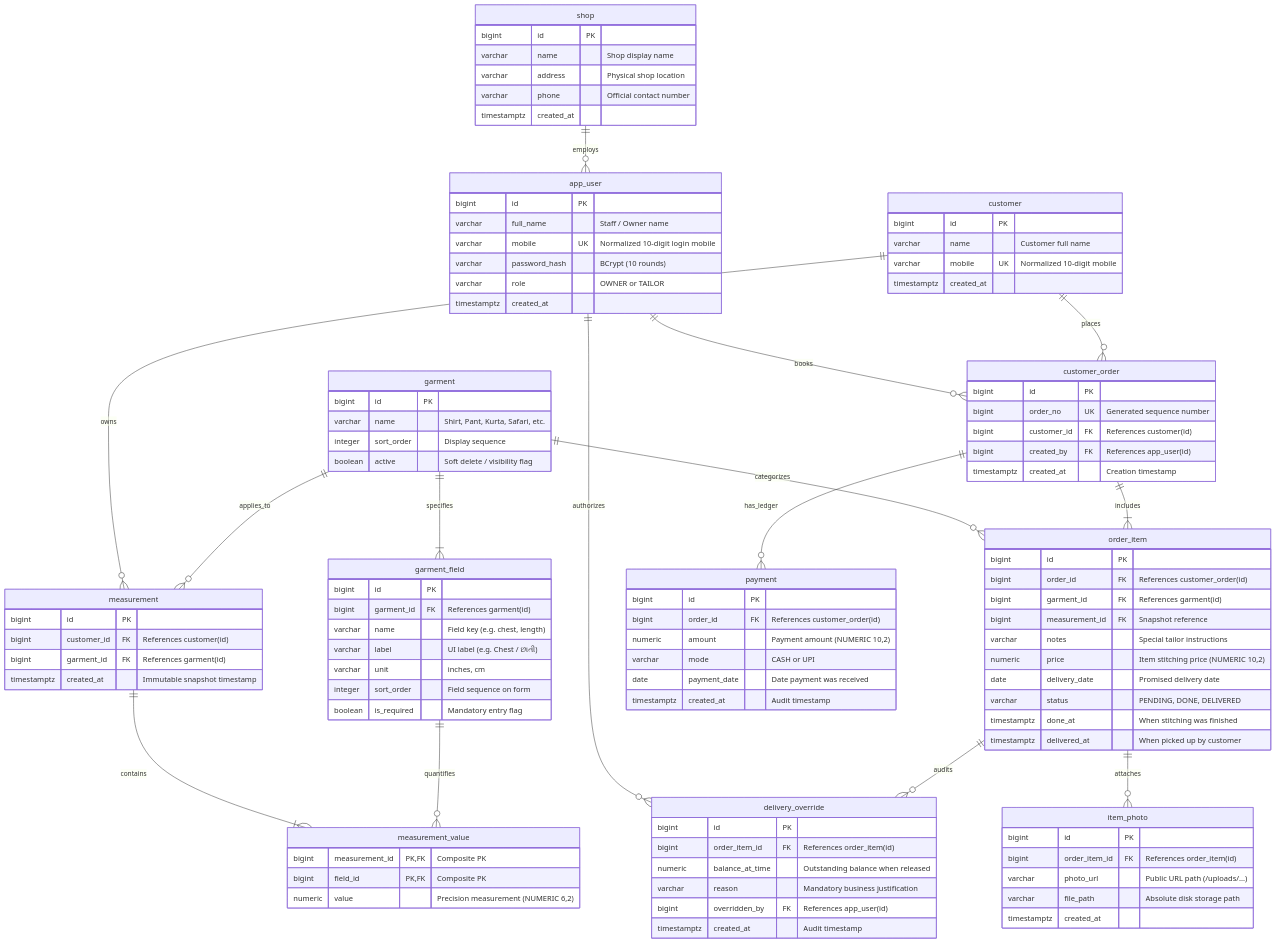
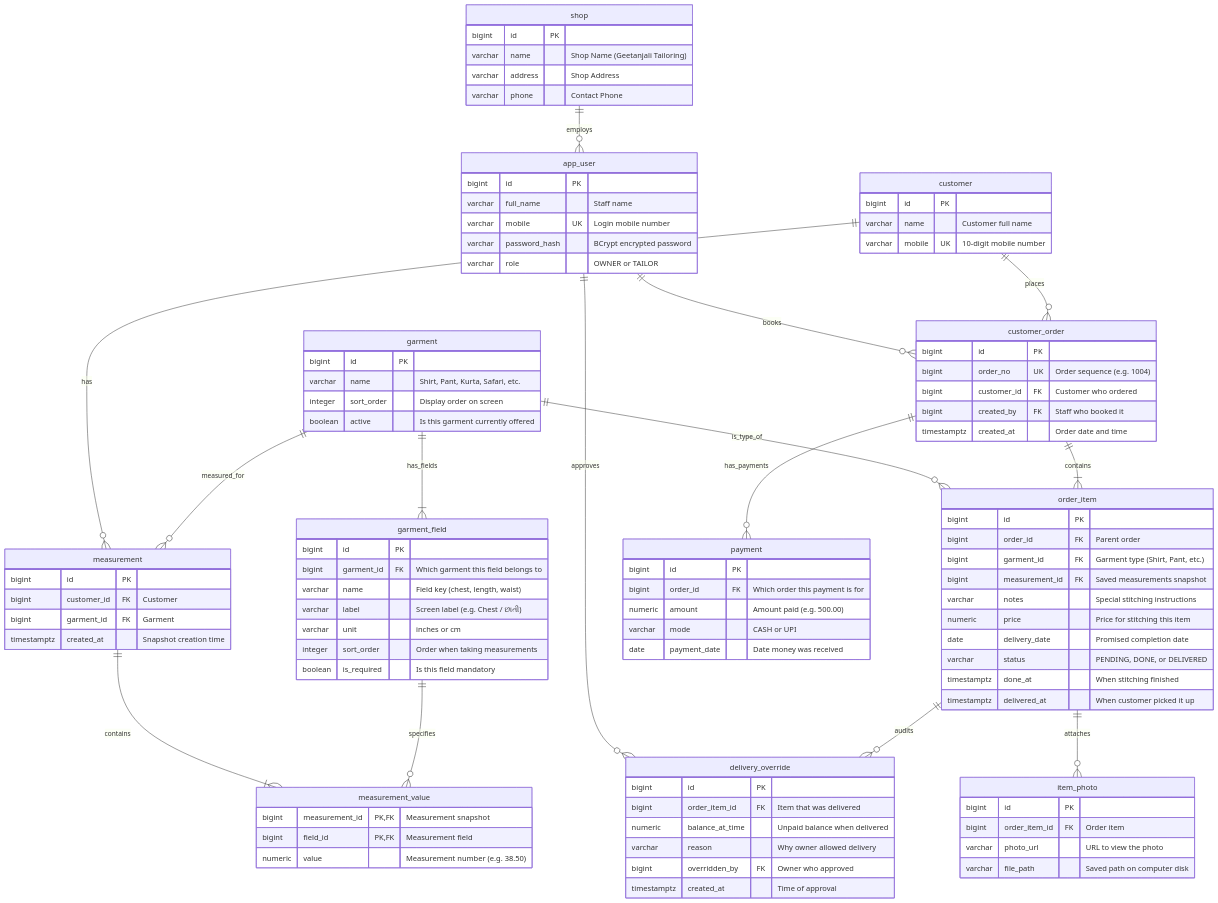
The second of 4 diagrams in docs/02-SYSTEM_ARCHITECTURE_FLOWS_AND_ERD.md (shubham-tankariya-01/geetanjali), drawn with Mermaid before and after one commit. The commit also changed other lines of this file and 7 other files, not shown here.

First line of the commit message:
docs: simplify documentation language and remove future roadmap

````diff
--- a/docs/02-SYSTEM_ARCHITECTURE_FLOWS_AND_ERD.md
+++ b/docs/02-SYSTEM_ARCHITECTURE_FLOWS_AND_ERD.md
@@ -88,117 +80,112 @@
 erDiagram
     shop ||--o{ app_user : "employs"
     app_user ||--o{ customer_order : "books"
-    app_user ||--o{ delivery_override : "authorizes"
+    app_user ||--o{ delivery_override : "approves"
     customer ||--o{ customer_order : "places"
-    customer ||--o{ measurement : "owns"
-    garment ||--|{ garment_field : "specifies"
-    garment ||--o{ order_item : "categorizes"
-    garment ||--o{ measurement : "applies_to"
+    customer ||--o{ measurement : "has"
+    garment ||--|{ garment_field : "has_fields"
+    garment ||--o{ order_item : "is_type_of"
+    garment ||--o{ measurement : "measured_for"
     measurement ||--|{ measurement_value : "contains"
-    garment_field ||--o{ measurement_value : "quantifies"
-    customer_order ||--|{ order_item : "includes"
-    customer_order ||--o{ payment : "has_ledger"
+    garment_field ||--o{ measurement_value : "specifies"
+    customer_order ||--|{ order_item : "contains"
+    customer_order ||--o{ payment : "has_payments"
     order_item ||--o{ item_photo : "attaches"
     order_item ||--o{ delivery_override : "audits"
 
     shop {
         bigint id PK
-        varchar name "Shop display name"
-        varchar address "Physical shop location"
-        varchar phone "Official contact number"
-        timestamptz created_at
+        varchar name "Shop Name (Geetanjali Tailoring)"
+        varchar address "Shop Address"
+        varchar phone "Contact Phone"
     }
 
     app_user {
         bigint id PK
-        varchar full_name "Staff / Owner name"
-        varchar mobile UK "Normalized 10-digit login mobile"
-        varchar password_hash "BCrypt (10 rounds)"
+        varchar full_name "Staff name"
+        varchar mobile UK "Login mobile number"
+        varchar password_hash "BCrypt encrypted password"
         varchar role "OWNER or TAILOR"
-        timestamptz created_at
     }
 
     customer {
         bigint id PK
         varchar name "Customer full name"
-        varchar mobile UK "Normalized 10-digit mobile"
-        timestamptz created_at
+        varchar mobile UK "10-digit mobile number"
     }
 
     customer_order {
         bigint id PK
-        bigint order_no UK "Generated sequence number"
-        bigint customer_id FK "References customer(id)"
-        bigint created_by FK "References app_user(id)"
-        timestamptz created_at "Creation timestamp"
+        bigint order_no UK "Order sequence (e.g. 1004)"
+        bigint customer_id FK "Customer who ordered"
+        bigint created_by FK "Staff who booked it"
+        timestamptz created_at "Order date and time"
     }
 
     order_item {
         bigint id PK
-        bigint order_id FK "References customer_order(id)"
-        bigint garment_id FK "References garment(id)"
-        bigint measurement_id FK "Snapshot reference"
-        varchar notes "Special tailor instructions"
-        numeric price "Item stitching price (NUMERIC 10,2)"
-        date delivery_date "Promised delivery date"
-        varchar status "PENDING, DONE, DELIVERED"
-        timestamptz done_at "When stitching was finished"
-        timestamptz delivered_at "When picked up by customer"
+        bigint order_id FK "Parent order"
+        bigint garment_id FK "Garment type (Shirt, Pant, etc.)"
+        bigint measurement_id FK "Saved measurements snapshot"
+        varchar notes "Special stitching instructions"
+        numeric price "Price for stitching this item"
+        date delivery_date "Promised completion date"
+        varchar status "PENDING, DONE, or DELIVERED"
+        timestamptz done_at "When stitching finished"
+        timestamptz delivered_at "When customer picked it up"
     }
 
     delivery_override {
         bigint id PK
-        bigint order_item_id FK "References order_item(id)"
-        numeric balance_at_time "Outstanding balance when released"
-        varchar reason "Mandatory business justification"
-        bigint overridden_by FK "References app_user(id)"
-        timestamptz created_at "Audit timestamp"
+        bigint order_item_id FK "Item that was delivered"
+        numeric balance_at_time "Unpaid balance when delivered"
+        varchar reason "Why owner allowed delivery"
+        bigint overridden_by FK "Owner who approved"
+        timestamptz created_at "Time of approval"
     }
 
     garment {
         bigint id PK
         varchar name "Shirt, Pant, Kurta, Safari, etc."
-        integer sort_order "Display sequence"
-        boolean active "Soft delete / visibility flag"
+        integer sort_order "Display order on screen"
+        boolean active "Is this garment currently offered"
     }
 
     garment_field {
         bigint id PK
-        bigint garment_id FK "References garment(id)"
-        varchar name "Field key (e.g. chest, length)"
-        varchar label "UI label (e.g. Chest / છાતી)"
-        varchar unit "inches, cm"
-        integer sort_order "Field sequence on form"
-        boolean is_required "Mandatory entry flag"
+        bigint garment_id FK "Which garment this field belongs to"
+        varchar name "Field key (chest, length, waist)"
+        varchar label "Screen label (e.g. Chest / છાતી)"
+        varchar unit "inches or cm"
+        integer sort_order "Order when taking measurements"
+        boolean is_required "Is this field mandatory"
     }
 
     measurement {
         bigint id PK
-        bigint customer_id FK "References customer(id)"
-        bigint garment_id FK "References garment(id)"
-        timestamptz created_at "Immutable snapshot timestamp"
+        bigint customer_id FK "Customer"
+        bigint garment_id FK "Garment"
+        timestamptz created_at "Snapshot creation time"
     }
 
     measurement_value {
-        bigint measurement_id PK, FK "Composite PK"
-        bigint field_id PK, FK "Composite PK"
-        numeric value "Precision measurement (NUMERIC 6,2)"
+        bigint measurement_id PK, FK "Measurement snapshot"
+        bigint field_id PK, FK "Measurement field"
+        numeric value "Measurement number (e.g. 38.50)"
     }
 
     payment {
         bigint id PK
-        bigint order_id FK "References customer_order(id)"
-        numeric amount "Payment amount (NUMERIC 10,2)"
+        bigint order_id FK "Which order this payment is for"
+        numeric amount "Amount paid (e.g. 500.00)"
         varchar mode "CASH or UPI"
-        date payment_date "Date payment was received"
-        timestamptz created_at "Audit timestamp"
+        date payment_date "Date money was received"
     }
 
     item_photo {
         bigint id PK
-        bigint order_item_id FK "References order_item(id)"
-        varchar photo_url "Public URL path (/uploads/...)"
-        varchar file_path "Absolute disk storage path"
-        timestamptz created_at
+        bigint order_item_id FK "Order item"
+        varchar photo_url "URL to view the photo"
+        varchar file_path "Saved path on computer disk"
     }
 ```
````
